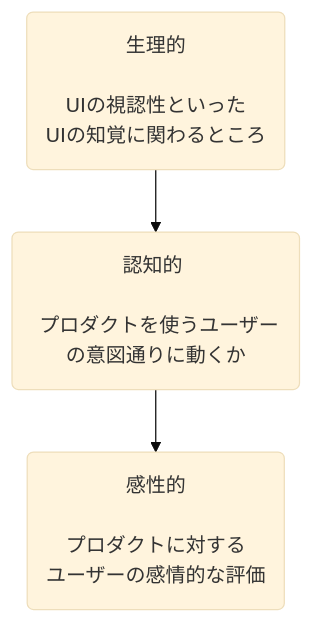
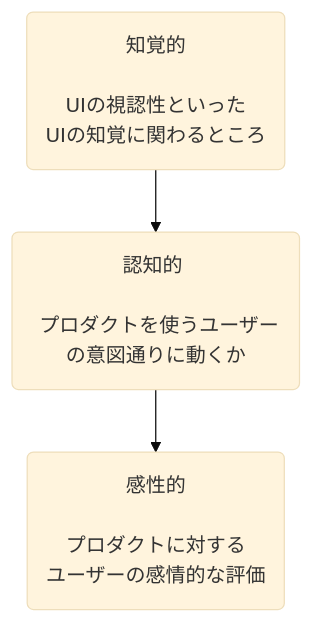
The diagram in デザイン、フロントエンド/cognitive-science-and-interfaces.md (aveeeeen/dev-articles), drawn with Mermaid (base theme) before and after one commit. The commit also changed other lines of this file, not shown here.

````diff
--- a/デザイン、フロントエンド/cognitive-science-and-interfaces.md
+++ b/デザイン、フロントエンド/cognitive-science-and-interfaces.md
@@ -24,10 +24,10 @@
 ```mermaid
 flowchart TD
 
-a("生理的 \n\nUIの視認性といった\nUIの知覚に関わるところ")
+a("知覚的 \n\nUIの視認性といった\nUIの知覚に関わるところ")
 b("認知的 \n\n プロダクトを使うユーザーの意図通りに動くか")
 c("感性的 \n\n プロダクトに対する\nユーザーの感情的な評価")
 
 a --> b --> c
 
 ```
````
